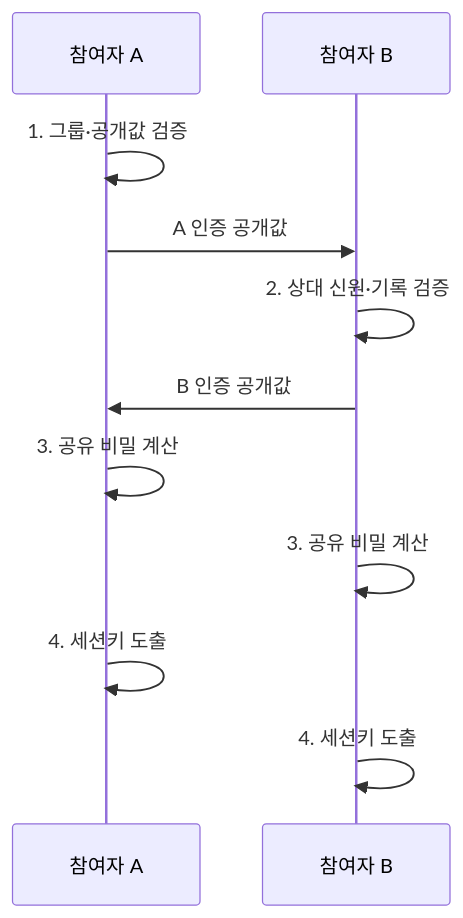
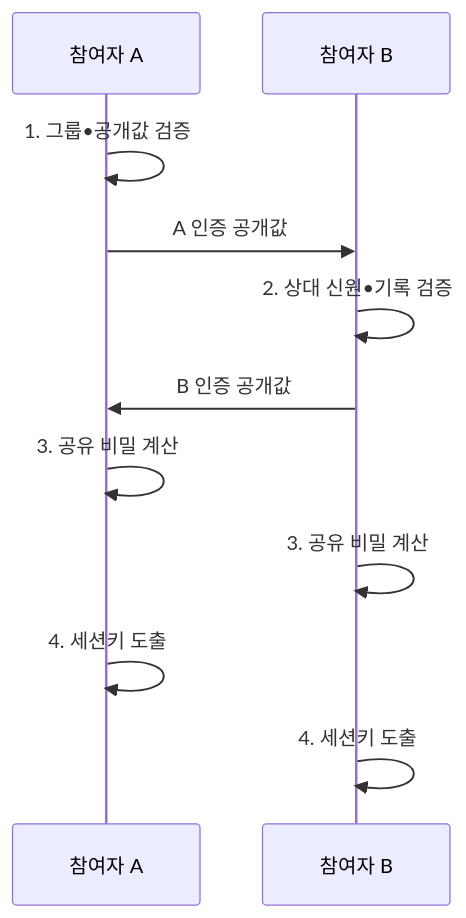
The second of 2 diagrams in src/content/docs/notes/05-security/005_diffie_hellman_key_exchange.md (agnusdei1207/knowledge-base), drawn with Mermaid before and after one commit. The commit also changed other lines of this file and 953 other files, not shown here.

````diff
--- a/src/content/docs/notes/05-security/005_diffie_hellman_key_exchange.md
+++ b/src/content/docs/notes/05-security/005_diffie_hellman_key_exchange.md
@@ -102,13 +102,13 @@
 ```mermaid
 sequenceDiagram
     participant A as 참여자 A
     participant B as 참여자 B
-    A->>A: 1. 그룹·공개값 검증
+    A->>A: 1. 그룹•공개값 검증
     A->>B: A 인증 공개값
-    B->>B: 2. 상대 신원·기록 검증
+    B->>B: 2. 상대 신원•기록 검증
     B->>A: B 인증 공개값
     A->>A: 3. 공유 비밀 계산
     B->>B: 3. 공유 비밀 계산
     A->>A: 4. 세션키 도출
     B->>B: 4. 세션키 도출
 ```
````
